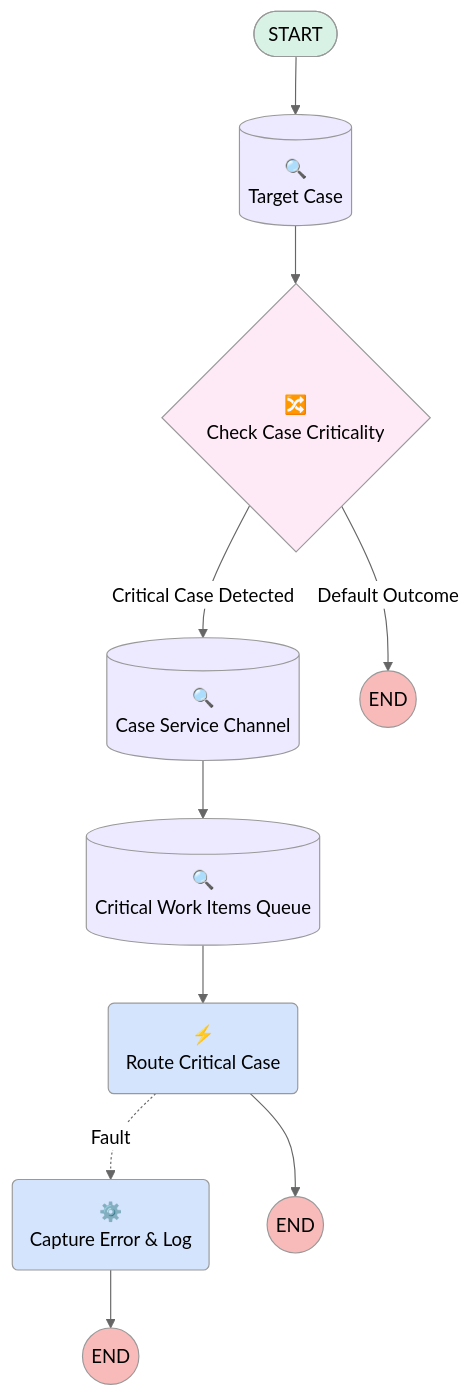
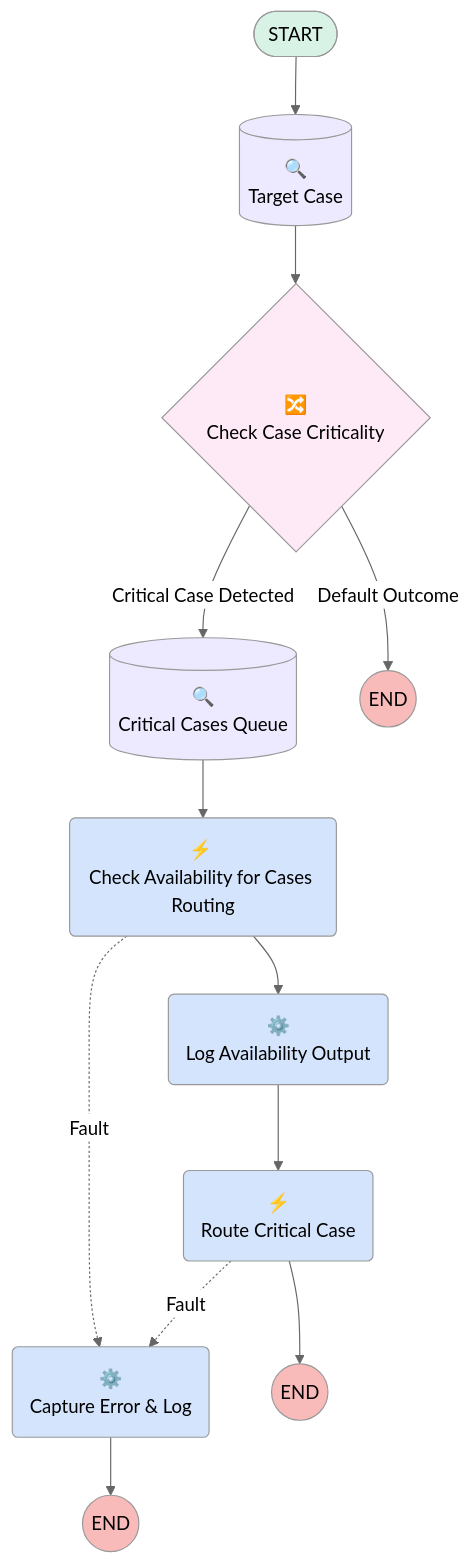
Before and after one commit to awesomeandrey/minlopro-dx: the diagram in assets/docs/hardis/flow2markdown/flows/Minlopro_Omni_RouteCriticalCases.md, drawn with Mermaid (neutral theme). The commit also changed other lines of this file, not shown here.

Commit message:
Automation: Generated Flows Docs 📑

````diff
--- a/assets/docs/hardis/flow2markdown/flows/Minlopro_Omni_RouteCriticalCases.md
+++ b/assets/docs/hardis/flow2markdown/flows/Minlopro_Omni_RouteCriticalCases.md
@@ -5,61 +5,66 @@
 ```mermaid
 %% If you read this, your Markdown visualizer does not handle MermaidJS syntax.
 %% - If you are in VS Code, install extension `Markdown Preview Mermaid Support` at https://marketplace.visualstudio.com/items?itemName=bierner.markdown-mermaid
 %% - If you are using sfdx-hardis, try to define env variable `MERMAID_MODES=cli,docker` ,then run again the command to regenerate markdown with SVG images.
 %% - If you are within mkdocs-material, define mermaid plugin in `mkdocs.yml` as described in https://squidfunk.github.io/mkdocs-material/extensions/mermaid/
 %% - As a last resort, you can copy-paste this MermaidJS code into https://mermaid.live/ to see the flow diagram
 
 flowchart TB
 START(["START"]):::startClass
 click START "#general-information" "2359866923"
 
 Capture_Error_And_Log("⚙️ <em></em><br/>Capture Error & Log"):::actionCalls
 click Capture_Error_And_Log "#capture_error_and_log" "3511232908"
 
+Check_Availability_for_Cases_Routing("⚡ <em></em><br/>Check Availability for Cases Routing"):::actionCalls
+click Check_Availability_for_Cases_Routing "#check_availability_for_cases_routing" "22922813"
+
+Log_Availability_Output("⚙️ <em></em><br/>Log Availability Output"):::actionCalls
+click Log_Availability_Output "#log_availability_output" "908502605"
+
 Route_Critical_Case("⚡ <em></em><br/>Route Critical Case"):::actionCalls
-click Route_Critical_Case "#route_critical_case" "409400335"
+click Route_Critical_Case "#route_critical_case" "2365181630"
 
 Check_Case_Criticality{"🔀 <em></em><br/>Check Case Criticality"}:::decisions
-click Check_Case_Criticality "#check_case_criticality" "3013322321"
+click Check_Case_Criticality "#check_case_criticality" "996673248"
 
-Case_Service_Channel[("🔍 <em></em><br/>Case Service Channel")]:::recordLookups
-click Case_Service_Channel "#case_service_channel" "4171189694"
-
-Critical_Work_Items_Queue[("🔍 <em></em><br/>Critical Work Items Queue")]:::recordLookups
-click Critical_Work_Items_Queue "#critical_work_items_queue" "1857027672"
+Critical_Cases_Queue[("🔍 <em></em><br/>Critical Cases Queue")]:::recordLookups
+click Critical_Cases_Queue "#critical_cases_queue" "371970367"
 
 Target_Case[("🔍 <em></em><br/>Target Case")]:::recordLookups
 click Target_Case "#target_case" "1250900342"
 
 Capture_Error_And_Log --> END_Capture_Error_And_Log
+Check_Availability_for_Cases_Routing --> Log_Availability_Output
+Check_Availability_for_Cases_Routing -. Fault .->Capture_Error_And_Log
+Log_Availability_Output --> Route_Critical_Case
 Route_Critical_Case --> END_Route_Critical_Case
 Route_Critical_Case -. Fault .->Capture_Error_And_Log
-Check_Case_Criticality --> |"Critical Case Detected"| Case_Service_Channel
+Check_Case_Criticality --> |"Critical Case Detected"| Critical_Cases_Queue
 Check_Case_Criticality --> |"Default Outcome"| END_Check_Case_Criticality
-Case_Service_Channel --> Critical_Work_Items_Queue
-Critical_Work_Items_Queue --> Route_Critical_Case
+Critical_Cases_Queue --> Check_Availability_for_Cases_Routing
 Target_Case --> Check_Case_Criticality
 START -->  Target_Case
 END_Capture_Error_And_Log(( END )):::endClass
 END_Route_Critical_Case(( END )):::endClass
 END_Check_Case_Criticality(( END )):::endClass
 
 
 classDef actionCalls fill:#D4E4FC,color:black,text-decoration:none,max-height:100px
 classDef assignments fill:#FBEED7,color:black,text-decoration:none,max-height:100px
 classDef collectionProcessors fill:#F0E3FA,color:black,text-decoration:none,max-height:100px
 classDef customErrors fill:#FFE9E9,color:black,text-decoration:none,max-height:100px
 classDef decisions fill:#FDEAF6,color:black,text-decoration:none,max-height:100px
 classDef loops fill:#FDEAF6,color:black,text-decoration:none,max-height:100px
 classDef recordCreates fill:#FFF8C9,color:black,text-decoration:none,max-height:100px
 classDef recordDeletes fill:#FFF8C9,color:black,text-decoration:none,max-height:100px
 classDef recordLookups fill:#EDEAFF,color:black,text-decoration:none,max-height:100px
 classDef recordUpdates fill:#FFF8C9,color:black,text-decoration:none,max-height:100px
 classDef screens fill:#DFF6FF,color:black,text-decoration:none,max-height:100px
 classDef subflows fill:#D4E4FC,color:black,text-decoration:none,max-height:100px
 classDef startClass fill:#D9F2E6,color:black,text-decoration:none,max-height:100px
 classDef endClass fill:#F9BABA,color:black,text-decoration:none,max-height:100px
 classDef transforms fill:#FDEAF6,color:black,text-decoration:none,max-height:100px
 
 
 ```
````
